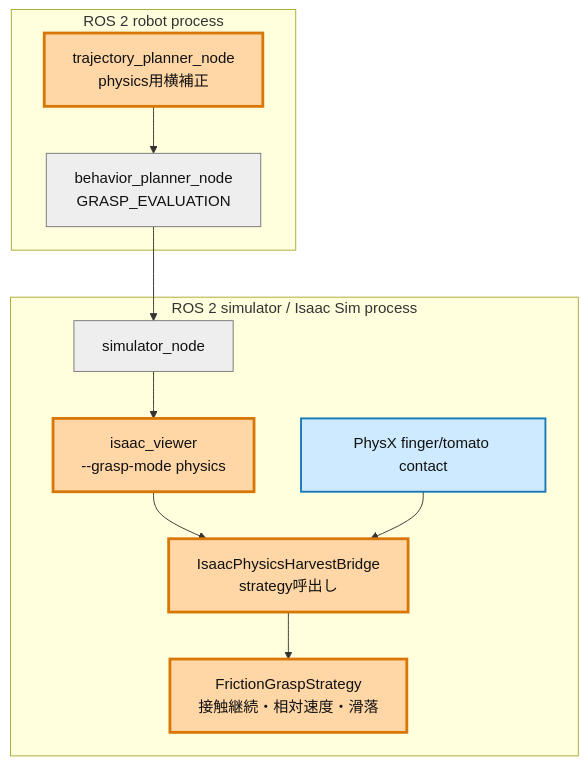
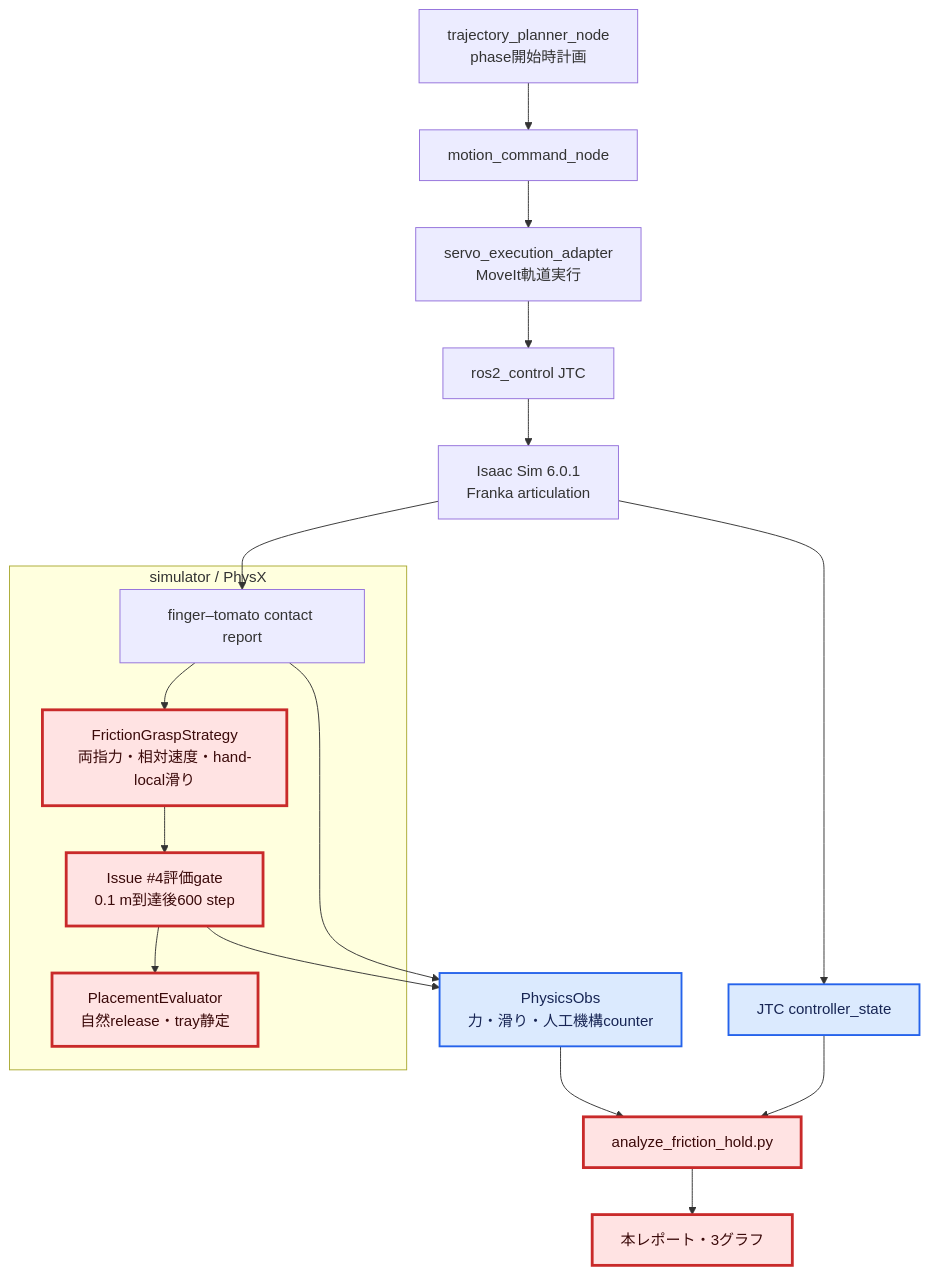
One commit to akodama428/trial_issac_sim changed the first of 2 diagrams in docs/reports/physics_levelup/step3_friction_hold.md. Above: the diagram before and after it, drawn with Mermaid. The commit also changed other lines of this file and 15 other files, not shown here.

Commit message:
Complete Issue 4 friction hold evaluation (#69)

````diff
--- a/docs/reports/physics_levelup/step3_friction_hold.md
+++ b/docs/reports/physics_levelup/step3_friction_hold.md
@@ -9,19 +17,26 @@
 ```mermaid
-flowchart TB
-  classDef changed fill:#ffd6a5,stroke:#d97706,stroke-width:3px,color:#111
-  classDef observed fill:#cdeafe,stroke:#1677b8,stroke-width:2px,color:#111
-  classDef existing fill:#eee,stroke:#777,color:#111
-  subgraph ROS[ROS 2 robot process]
-    MP[trajectory_planner_node\nphysics用横補正]:::changed
-    BP[behavior_planner_node\nGRASP_EVALUATION]:::existing
-  end
-  subgraph SIM[ROS 2 simulator / Isaac Sim process]
-    SN[simulator_node]:::existing
-    IV[isaac_viewer\n--grasp-mode physics]:::changed
-    PH[IsaacPhysicsHarvestBridge\nstrategy呼出し]:::changed
-    FS[FrictionGraspStrategy\n接触継続・相対速度・滑落]:::changed
-    PX[PhysX finger/tomato contact]:::observed
-  end
-  MP --> BP --> SN --> IV --> PH --> FS
-  PX --> PH
+flowchart TD
+    PLAN["trajectory_planner_node<br/>phase開始時計画"] --> COMMAND["motion_command_node"]
+    COMMAND --> EXEC["servo_execution_adapter<br/>MoveIt軌道実行"]
+    EXEC --> JTC["ros2_control JTC"]
+    JTC --> ISAAC["Isaac Sim 6.0.1<br/>Franka articulation"]
+
+    subgraph PHYSICS["simulator / PhysX"]
+        CONTACT["finger–tomato contact report"]
+        STRATEGY["FrictionGraspStrategy<br/>両指力・相対速度・hand-local滑り"]
+        HOLD["Issue #4評価gate<br/>0.1 m到達後600 step"]
+        PLACE["PlacementEvaluator<br/>自然release・tray静定"]
+    end
+
+    ISAAC --> CONTACT --> STRATEGY --> HOLD --> PLACE
+    ISAAC --> JTCSTATE["JTC controller_state"]:::observed
+    CONTACT --> OBS["PhysicsObs<br/>力・滑り・人工機構counter"]:::observed
+    HOLD --> OBS
+    OBS --> ANALYZE["analyze_friction_hold.py"]:::changed
+    JTCSTATE --> ANALYZE
+    ANALYZE --> REPORT["本レポート・3グラフ"]:::changed
+
+    classDef changed fill:#ffe3e3,stroke:#c92a2a,stroke-width:3px,color:#3b0a0a;
+    classDef observed fill:#dbeafe,stroke:#2563eb,stroke-width:2px,color:#172554;
+    class STRATEGY,HOLD,PLACE,ANALYZE,REPORT changed;
 ```
````
